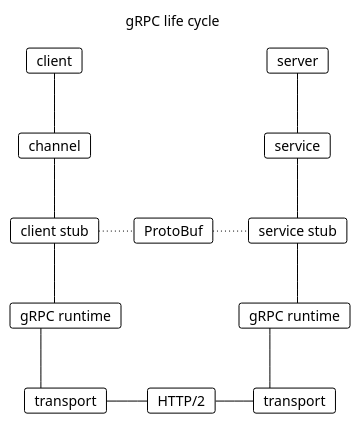
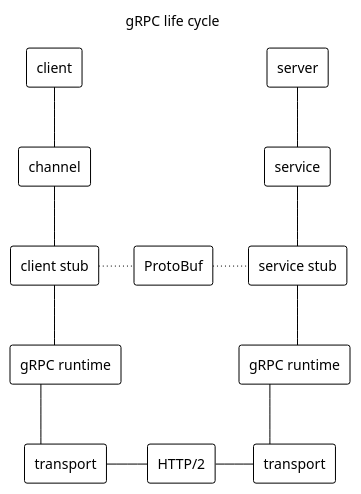
Before and after one commit to c0p4c4b4n4/grpc-grpc-java: the diagram in images/gRPC.puml, drawn with PlantUML. The commit also changed 1 other file, not shown here.

```diff
--- a/images/gRPC.puml
+++ b/images/gRPC.puml
@@ -1,47 +1,47 @@
 @startuml
 !theme plain
 scale 1.0
 title gRPC life cycle
 skinparam TitleFontStyle plain
 skinparam TitleFontSize 14
 skinparam defaultTextAlignment center
 skinparam linetype ortho
 
-card "client" as C0
-card "channel" as C1
-card "client stub" as C2
-card "gRPC runtime" as C3
-card "transport" as C4
+rectangle "client" as C0
+rectangle "channel" as C1
+rectangle "client stub" as C2
+rectangle "gRPC runtime" as C3
+rectangle "transport" as C4
 
-card "server" as S0
-card "service" as S1
-card "service stub" as S2
-card "gRPC runtime" as S3
-card "transport" as S4
+rectangle "server" as S0
+rectangle "service" as S1
+rectangle "service stub" as S2
+rectangle "gRPC runtime" as S3
+rectangle "transport" as S4
 
-card "ProtoBuf" as P
-card "HTTP/2" as H
+rectangle "ProtoBuf" as P
+rectangle "HTTP/2" as H
 
 C0 -d- C1
 C1 -d- C2
 C2 -d- C3
 C3 -d- C4
 C3 -[hidden]d- C4
 C3 -[hidden]d- C4
 C3 -[hidden]d- C4
 
 S0 -d- S1
 S1 -d- S2
 S2 -d- S3
 S3 -d- S4
 S3 -[hidden]d- S4
 S3 -[hidden]d- S4
 S3 -[hidden]d- S4
 
 C2 -[dotted]r- P
 P -[dotted]r- S2
 
 C4 -r- H
 H -r- S4
 
 @enduml
```
